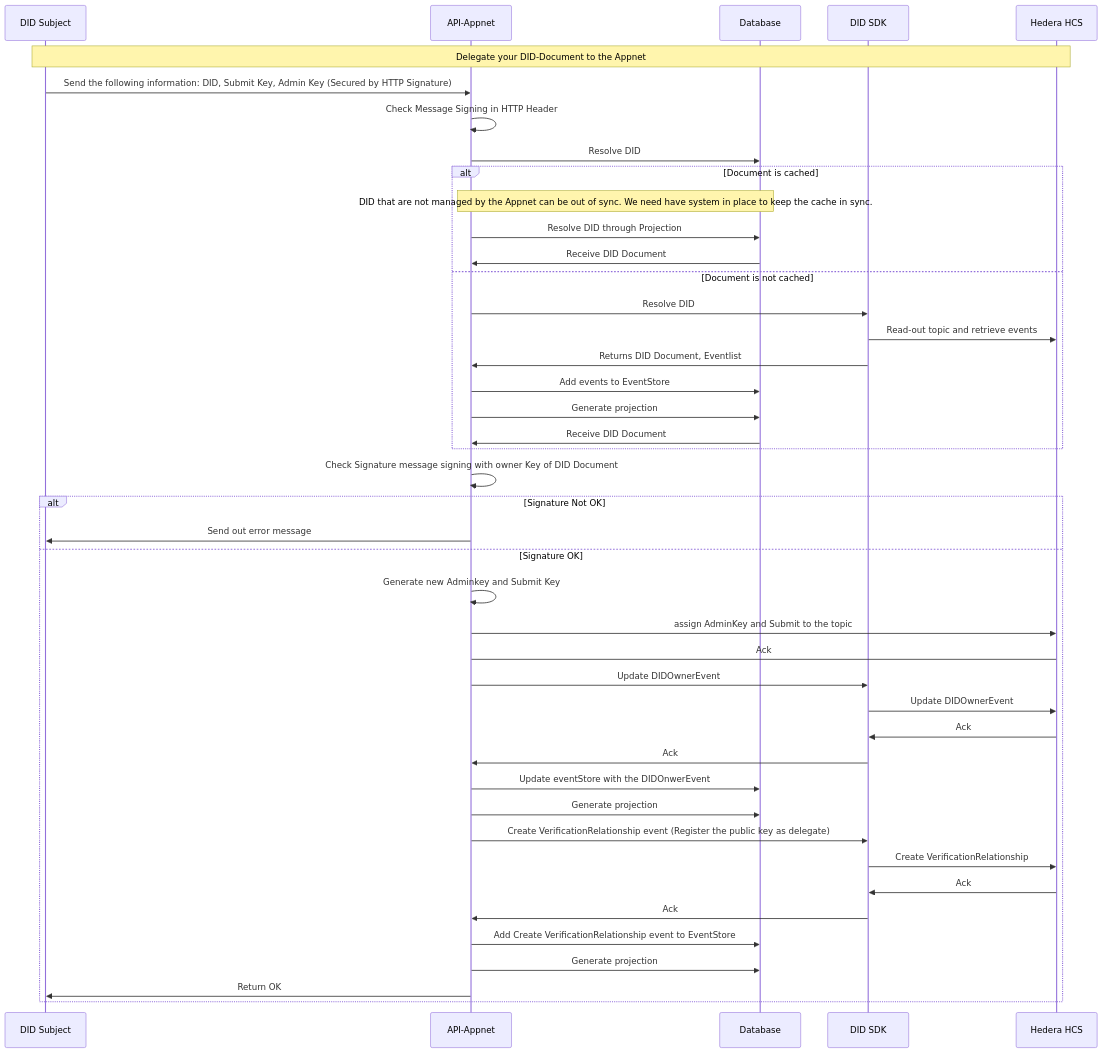
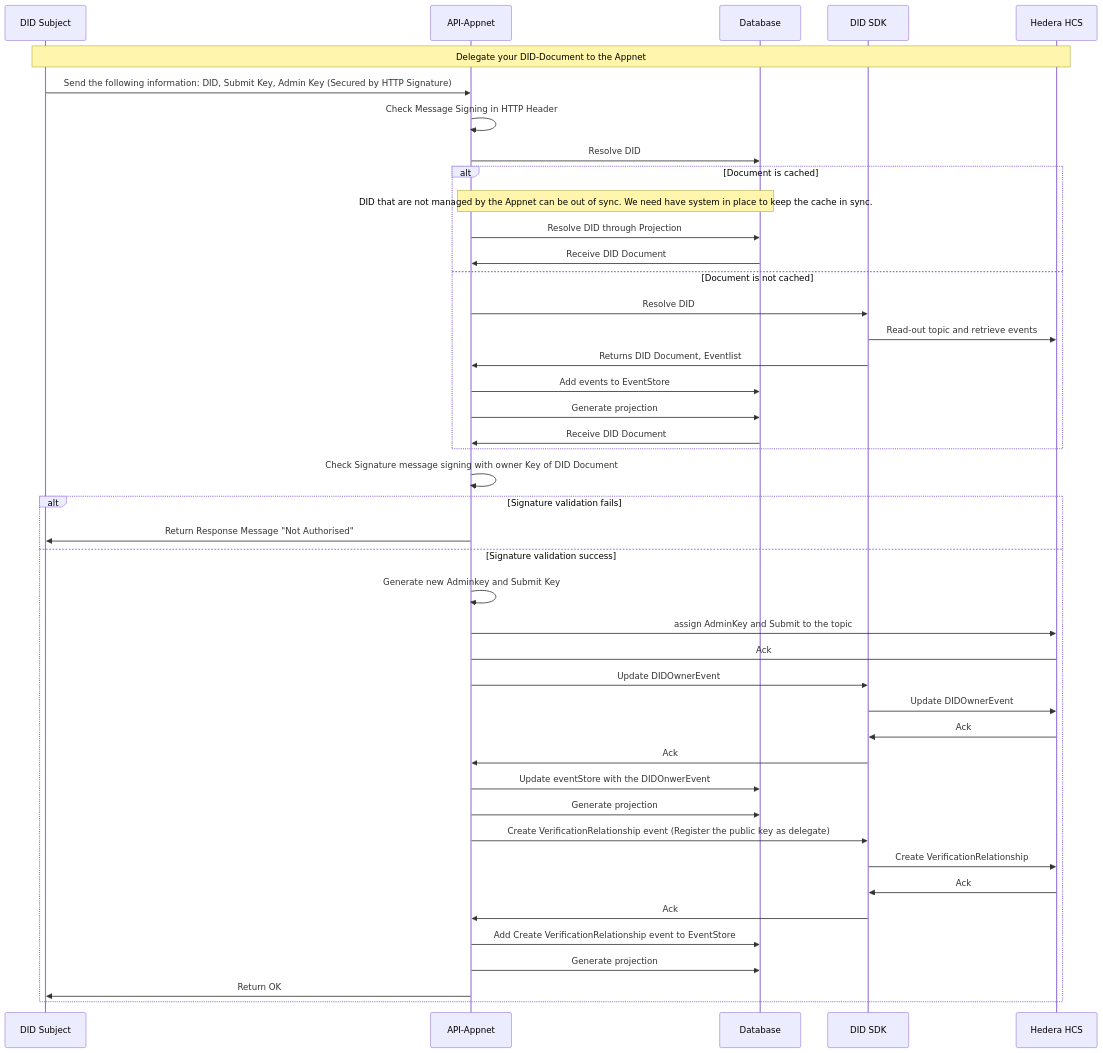
The diagram in documentation/diagrams/did-delegate.mmd (Meeco/hedera-did-identity-network), drawn with Mermaid before and after one commit. The commit also changed 1 other file, not shown here.

```diff
--- a/documentation/diagrams/did-delegate.mmd
+++ b/documentation/diagrams/did-delegate.mmd
@@ -1,46 +1,46 @@
 sequenceDiagram
 
 participant Subject as DID Subject
 participant API as API-Appnet
 participant Database as Database
 participant DIDSDK as DID SDK
 participant HCS as Hedera HCS
 
 
 note over Subject,HCS: Delegate your DID-Document to the Appnet
 Subject ->> API: Send the following information: DID, Submit Key, Admin Key (Secured by HTTP Signature)
 API ->> API: Check Message Signing in HTTP Header
 API ->> Database: Resolve DID
 alt Document is cached
 note over API,Database: DID that are not managed by the Appnet can be out of sync. We need have system in place to keep the cache in sync.
 API ->> Database: Resolve DID through Projection
 Database ->> API: Receive DID Document
 else Document is not cached
 API ->> DIDSDK:  Resolve DID
 DIDSDK ->> HCS:  Read-out topic and retrieve events
 DIDSDK ->> API: Returns DID Document, Eventlist
 API ->> Database: Add events to EventStore
 API ->> Database: Generate projection
 Database ->> API: Receive DID Document
 end
 API ->> API: Check Signature message signing with owner Key of DID Document
-alt Signature Not OK
-API ->> Subject: Send out error message
-else Signature OK
+alt Signature validation fails
+API ->> Subject: Return Response Message "Not Authorised"
+else Signature validation success
 API ->> API: Generate new Adminkey and Submit Key
 API ->> HCS: assign AdminKey and Submit to the topic
 HCS -> API: Ack
 API ->> DIDSDK:  Update DIDOwnerEvent
 DIDSDK ->> HCS:  Update DIDOwnerEvent
 HCS ->> DIDSDK: Ack
 DIDSDK ->> API: Ack
 API ->> Database: Update eventStore with the DIDOnwerEvent
 API ->> Database: Generate projection
 API ->> DIDSDK: Create VerificationRelationship event (Register the public key as delegate)
 DIDSDK ->> HCS: Create VerificationRelationship
 HCS ->> DIDSDK: Ack
 DIDSDK ->> API: Ack
 API ->> Database: Add Create VerificationRelationship event to EventStore
 API ->> Database: Generate projection
 API ->> Subject: Return OK
 end
```
